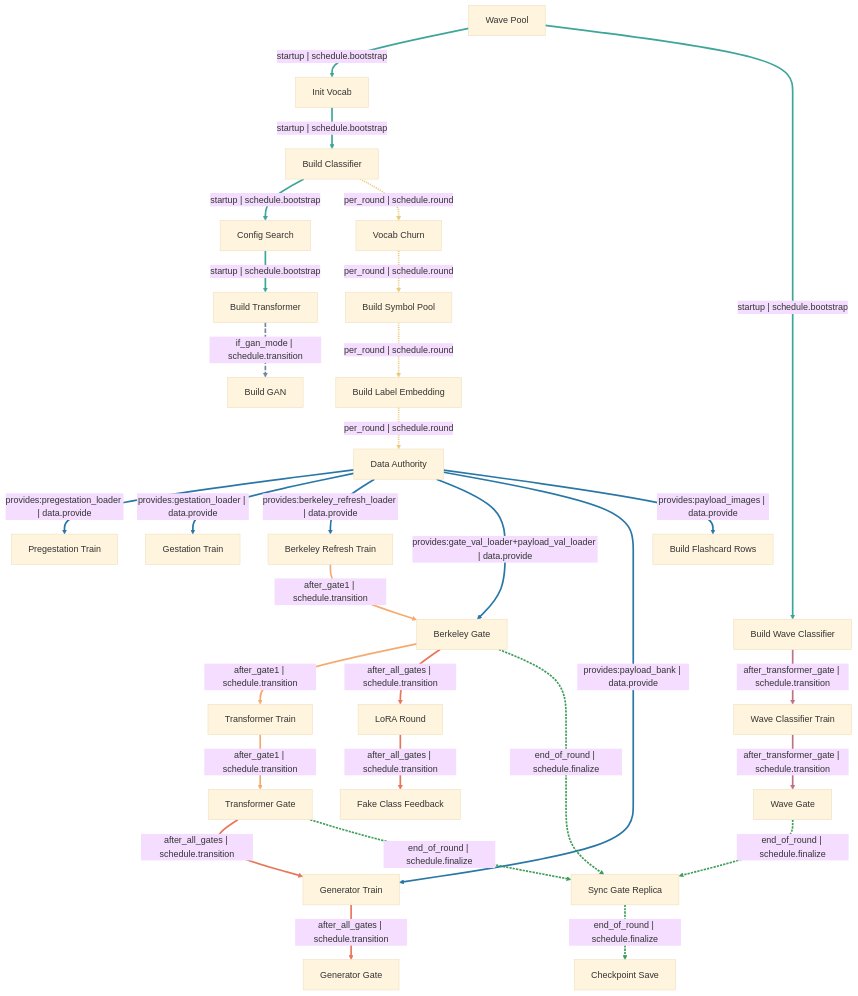
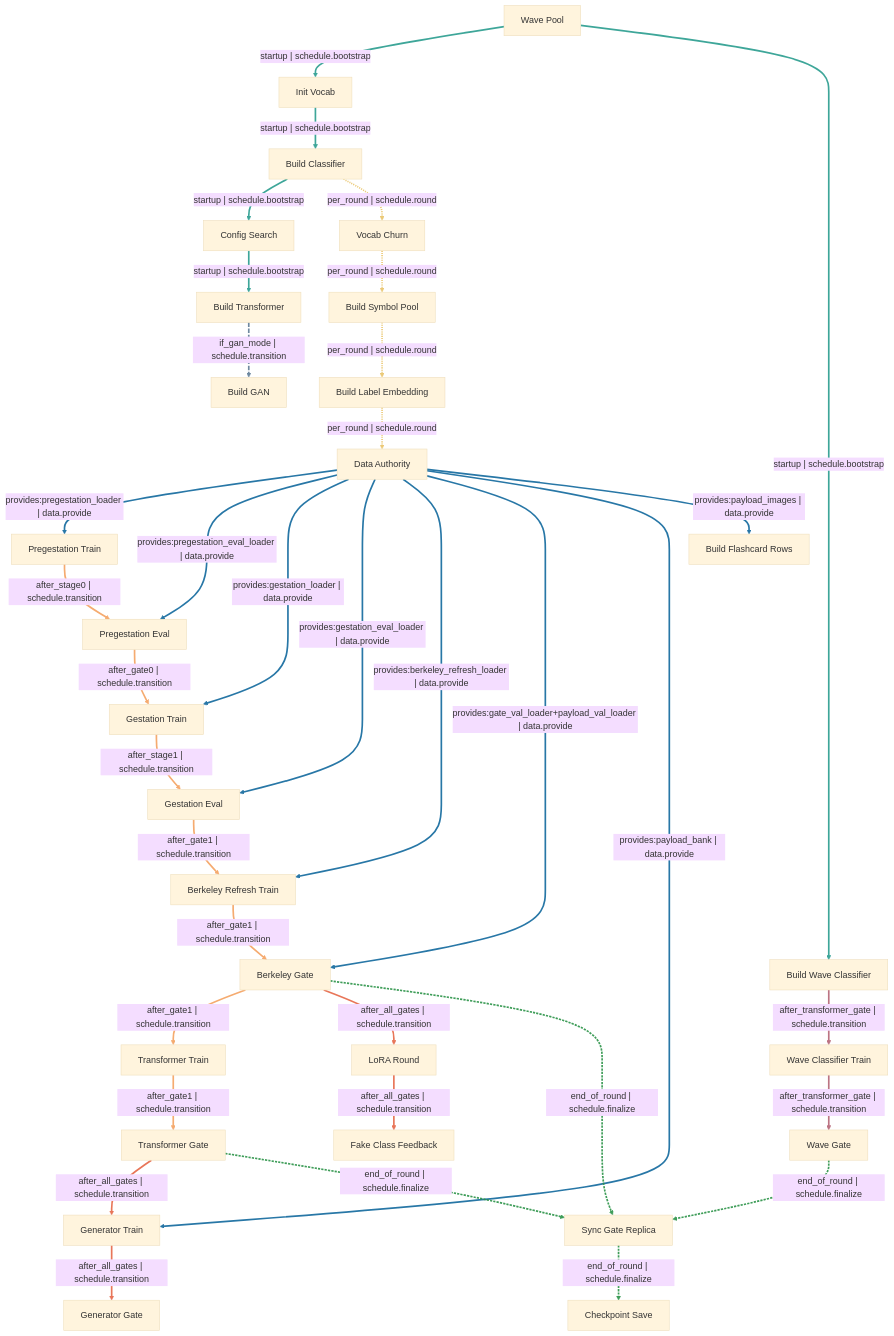
One commit to sangderenard/meta-nn changed the fourth of 7 diagrams in README.md. Above: the diagram before and after it, drawn with Mermaid. The commit also changed other lines of this file and 9 other files, not shown here.

Commit message:
more mermaid oriented architectural changes

````diff
--- a/README.md
+++ b/README.md
@@ -239,6 +523,8 @@
     stage_w_wave_classifier["Wave Classifier Train"]
     stage_c_lora["LoRA Round"]
     stage_fake_feedback["Fake Class Feedback"]
+    gate_0_pregestation_eval["Pregestation Eval"]
+    gate_1_gestation_eval["Gestation Eval"]
     gate_berkeley["Berkeley Gate"]
     gate_transformer["Transformer Gate"]
     gate_generator["Generator Gate"]
@@ -257,11 +543,17 @@
     build_symbol_pool -- "per_round | schedule.round" --> build_label_embedding
     build_label_embedding -- "per_round | schedule.round" --> data_node
     data_node -- "provides:pregestation_loader | data.provide" --> stage_0_pregestation
+    data_node -- "provides:pregestation_eval_loader | data.provide" --> gate_0_pregestation_eval
     data_node -- "provides:gestation_loader | data.provide" --> stage_1_gestation
+    data_node -- "provides:gestation_eval_loader | data.provide" --> gate_1_gestation_eval
     data_node -- "provides:berkeley_refresh_loader | data.provide" --> stage_2_berkeley
     data_node -- "provides:gate_val_loader+payload_val_loader | data.provide" --> gate_berkeley
     data_node -- "provides:payload_bank | data.provide" --> stage_g_generator
     data_node -- "provides:payload_images | data.provide" --> build_flashcard_rows
+    stage_0_pregestation -- "after_stage0 | schedule.transition" --> gate_0_pregestation_eval
+    gate_0_pregestation_eval -- "after_gate0 | schedule.transition" --> stage_1_gestation
+    stage_1_gestation -- "after_stage1 | schedule.transition" --> gate_1_gestation_eval
+    gate_1_gestation_eval -- "after_gate1 | schedule.transition" --> stage_2_berkeley
     stage_2_berkeley -- "after_gate1 | schedule.transition" --> gate_berkeley
     gate_berkeley -- "after_gate1 | schedule.transition" --> stage_r_transformer
     stage_r_transformer -- "after_gate1 | schedule.transition" --> gate_transformer
@@ -292,17 +584,23 @@
     linkStyle 13 stroke:#1D70A2,stroke-width:3px,opacity:0.95,stroke-dasharray:0;
     linkStyle 14 stroke:#1D70A2,stroke-width:3px,opacity:0.95,stroke-dasharray:0;
     linkStyle 15 stroke:#1D70A2,stroke-width:3px,opacity:0.95,stroke-dasharray:0;
-    linkStyle 16 stroke:#F4A261,stroke-width:3px,opacity:0.9,stroke-dasharray:0;
-    linkStyle 17 stroke:#F4A261,stroke-width:3px,opacity:0.9,stroke-dasharray:0;
+    linkStyle 16 stroke:#1D70A2,stroke-width:3px,opacity:0.95,stroke-dasharray:0;
+    linkStyle 17 stroke:#1D70A2,stroke-width:3px,opacity:0.95,stroke-dasharray:0;
     linkStyle 18 stroke:#F4A261,stroke-width:3px,opacity:0.9,stroke-dasharray:0;
-    linkStyle 19 stroke:#E76F51,stroke-width:3px,opacity:0.95,stroke-dasharray:0;
-    linkStyle 20 stroke:#E76F51,stroke-width:3px,opacity:0.95,stroke-dasharray:0;
-    linkStyle 21 stroke:#E76F51,stroke-width:3px,opacity:0.95,stroke-dasharray:0;
-    linkStyle 22 stroke:#E76F51,stroke-width:3px,opacity:0.95,stroke-dasharray:0;
-    linkStyle 23 stroke:#B56576,stroke-width:3px,opacity:0.9,stroke-dasharray:0;
-    linkStyle 24 stroke:#B56576,stroke-width:3px,opacity:0.9,stroke-dasharray:0;
-    linkStyle 25 stroke:#2B9348,stroke-width:3px,opacity:0.9,stroke-dasharray:4 2;
-    linkStyle 26 stroke:#2B9348,stroke-width:3px,opacity:0.9,stroke-dasharray:4 2;
-    linkStyle 27 stroke:#2B9348,stroke-width:3px,opacity:0.9,stroke-dasharray:4 2;
-    linkStyle 28 stroke:#2B9348,stroke-width:3px,opacity:0.9,stroke-dasharray:4 2;
+    linkStyle 19 stroke:#F4A261,stroke-width:3px,opacity:0.9,stroke-dasharray:0;
+    linkStyle 20 stroke:#F4A261,stroke-width:3px,opacity:0.9,stroke-dasharray:0;
+    linkStyle 21 stroke:#F4A261,stroke-width:3px,opacity:0.9,stroke-dasharray:0;
+    linkStyle 22 stroke:#F4A261,stroke-width:3px,opacity:0.9,stroke-dasharray:0;
+    linkStyle 23 stroke:#F4A261,stroke-width:3px,opacity:0.9,stroke-dasharray:0;
+    linkStyle 24 stroke:#F4A261,stroke-width:3px,opacity:0.9,stroke-dasharray:0;
+    linkStyle 25 stroke:#E76F51,stroke-width:3px,opacity:0.95,stroke-dasharray:0;
+    linkStyle 26 stroke:#E76F51,stroke-width:3px,opacity:0.95,stroke-dasharray:0;
+    linkStyle 27 stroke:#E76F51,stroke-width:3px,opacity:0.95,stroke-dasharray:0;
+    linkStyle 28 stroke:#E76F51,stroke-width:3px,opacity:0.95,stroke-dasharray:0;
+    linkStyle 29 stroke:#B56576,stroke-width:3px,opacity:0.9,stroke-dasharray:0;
+    linkStyle 30 stroke:#B56576,stroke-width:3px,opacity:0.9,stroke-dasharray:0;
+    linkStyle 31 stroke:#2B9348,stroke-width:3px,opacity:0.9,stroke-dasharray:4 2;
+    linkStyle 32 stroke:#2B9348,stroke-width:3px,opacity:0.9,stroke-dasharray:4 2;
+    linkStyle 33 stroke:#2B9348,stroke-width:3px,opacity:0.9,stroke-dasharray:4 2;
+    linkStyle 34 stroke:#2B9348,stroke-width:3px,opacity:0.9,stroke-dasharray:4 2;
 ```
````
